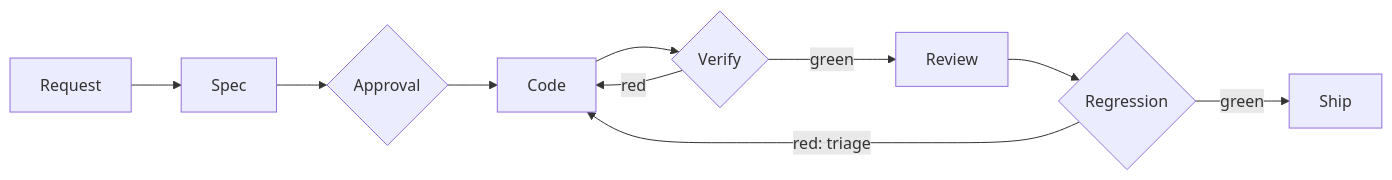
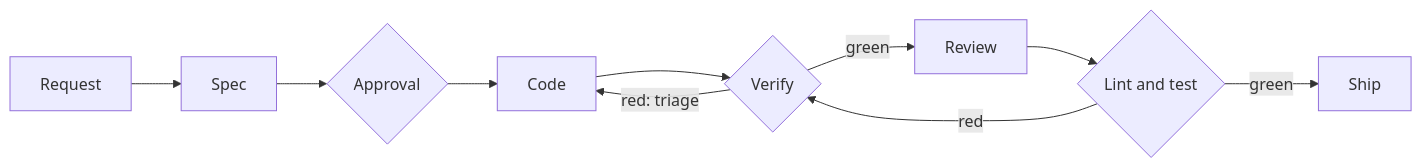
Before and after one commit to AIDDbot/AIDDbot: the second of 2 diagrams in docs/how-it-works.md, drawn with Mermaid. The commit also changed other lines of this file and 12 other files, not shown here.

Commit message:
refactor(skills): tighten /verify-behavior to run and triage the full regression; --major only on request (Halloween D32-D34)

````diff
--- a/docs/how-it-works.md
+++ b/docs/how-it-works.md
@@ -47,8 +47,8 @@
 ```mermaid
 flowchart LR
     R[Request] --> S[Spec] --> OK{Approval} --> C[Code] --> V{Verify}
-    V -->|red| C
-    V -->|green| Q[Review] --> RG{Regression}
-    RG -->|red: triage| C
+    V -->|red: triage| C
+    V -->|green| Q[Review] --> RG{Lint and test}
+    RG -->|red| V
     RG -->|green| SH[Ship]
 ```
````
